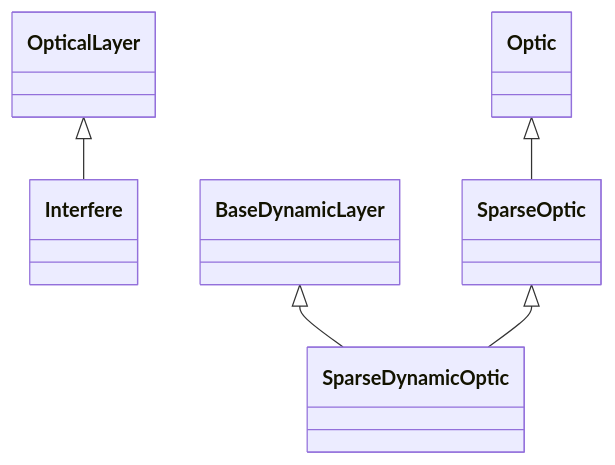
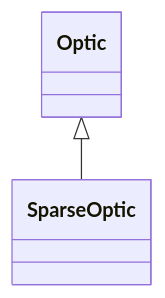
One commit to LouisDesdoigts/dLux changed the diagram in docs/API/layers/sparse.md. Above: the diagram before and after it, drawn with Mermaid. The commit also changed other lines of this file and 160 other files, not shown here.

````diff
--- a/docs/API/layers/sparse.md
+++ b/docs/API/layers/sparse.md
@@ -7,16 +7,8 @@
 ```mermaid
 classDiagram
-    class dLux_layers_sparse_Interfere["Interfere"]
+    direction TB
     class dLux_layers_sparse_SparseOptic["SparseOptic"]
-    class dLux_layers_sparse_SparseDynamicOptic["SparseDynamicOptic"]
-    class dLux_layers_dynamic_BaseDynamicLayer["BaseDynamicLayer"]
     class dLux_layers_optical_Optic["Optic"]
-    class dLux_layers_optical_OpticalLayer["OpticalLayer"]
-    dLux_layers_optical_OpticalLayer <|-- dLux_layers_sparse_Interfere
-    click dLux_layers_sparse_Interfere href "#dLux.layers.sparse.Interfere" "Methods: apply(), apply_mono()"
     dLux_layers_optical_Optic <|-- dLux_layers_sparse_SparseOptic
-    click dLux_layers_sparse_SparseOptic href "#dLux.layers.sparse.SparseOptic" "Attributes: amplitude, jones, thickness, n, propagator, transmission, opd, phase, normalise, centers · Properties: n_apertures · Methods: phasor(), localise(), apply_mono()"
-    dLux_layers_dynamic_BaseDynamicLayer <|-- dLux_layers_sparse_SparseDynamicOptic
-    dLux_layers_sparse_SparseOptic <|-- dLux_layers_sparse_SparseDynamicOptic
-    click dLux_layers_sparse_SparseDynamicOptic href "#dLux.layers.sparse.SparseDynamicOptic" "Attributes: amplitude, jones, thickness, n, propagator, coordinates, transformation, transmission, opd, phase, normalise, centers"
+    click dLux_layers_sparse_SparseOptic href "#dLux.layers.sparse.SparseOptic" "Attributes: abcd, grid_out, focal_length, defocus, inverse, jones, thickness, n, amplitude, phase, transmission, opd, normalise, grid, transform, centers · Properties: n_apertures · Methods: __init__(), phasor(), localise(), apply_mono()"
 ```
````
